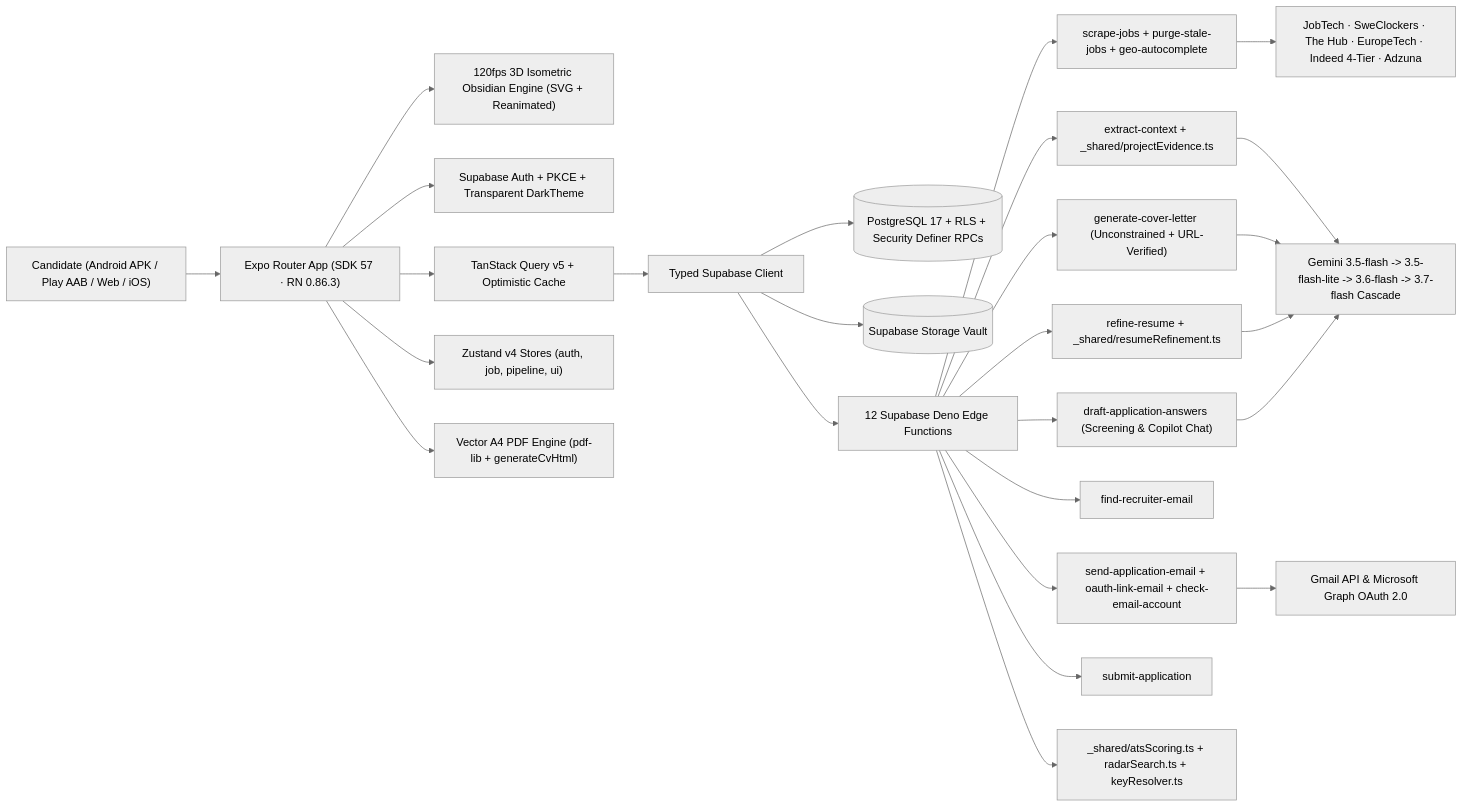
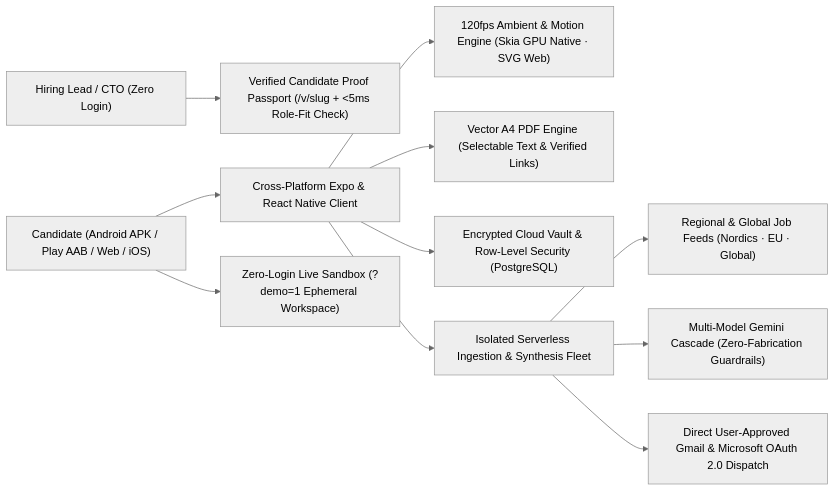
One commit to AlexBuildsLTS/OpusHunter-Release changed the third of 3 diagrams in README.md. Above: the diagram before and after it, drawn with Mermaid (neutral theme). The commit also changed other lines of this file, not shown here.

````diff
--- a/README.md
+++ b/README.md
@@ -378,30 +336,15 @@
 ```mermaid
 flowchart LR
-  User["Candidate (Android APK / Play AAB / Web / iOS)"] --> App["Expo Router App (SDK 57 · RN 0.86.3)"]
-  App --> Ambient["120fps 3D Isometric Obsidian Engine (SVG + Reanimated)"]
-  App --> Auth["Supabase Auth + PKCE + Transparent DarkTheme"]
-  App --> Query["TanStack Query v5 + Optimistic Cache"]
-  App --> Store["Zustand v4 Stores (auth, job, pipeline, ui)"]
-  App --> PDF["Vector A4 PDF Engine (pdf-lib + generateCvHtml)"]
-  Query --> API["Typed Supabase Client"]
-  API --> DB[("PostgreSQL 17 + RLS + Security Definer RPCs")]
-  API --> Storage[("Supabase Storage Vault")]
-  API --> Functions["12 Supabase Deno Edge Functions"]
+  Visitor["Hiring Lead / CTO (Zero Login)"] --> Proof["Verified Candidate Proof Passport (/v/slug + <5ms Role-Fit Check)"]
+  Candidate["Candidate (Android APK / Play AAB / Web / iOS)"] --> App["Cross-Platform Expo & React Native Client"]
+  Candidate --> Sandbox["Zero-Login Live Sandbox (?demo=1 Ephemeral Workspace)"]
 
-  Functions --> Scrape["scrape-jobs + purge-stale-jobs + geo-autocomplete"]
-  Functions --> Context["extract-context + _shared/projectEvidence.ts"]
-  Functions --> Letter["generate-cover-letter (Unconstrained + URL-Verified)"]
-  Functions --> Refine["refine-resume + _shared/resumeRefinement.ts"]
-  Functions --> Answers["draft-application-answers (Screening & Copilot Chat)"]
-  Functions --> Recruiter["find-recruiter-email"]
-  Functions --> Email["send-application-email + oauth-link-email + check-email-account"]
-  Functions --> Submit["submit-application"]
-  Functions --> Shared["_shared/atsScoring.ts + radarSearch.ts + keyResolver.ts"]
+  App --> GPU["120fps Ambient & Motion Engine (Skia GPU Native · SVG Web)"]
+  App --> PDF["Vector A4 PDF Engine (Selectable Text & Verified Links)"]
+  App --> Vault["Encrypted Cloud Vault & Row-Level Security (PostgreSQL)"]
+  App --> Serverless["Isolated Serverless Ingestion & Synthesis Fleet"]
 
-  Scrape --> Providers["JobTech · SweClockers · The Hub · EuropeTech · Indeed 4-Tier · Adzuna"]
-  Context --> AI["Gemini 3.5-flash -> 3.5-flash-lite -> 3.6-flash -> 3.7-flash Cascade"]
-  Letter --> AI
-  Refine --> AI
-  Answers --> AI
-  Email --> Mail["Gmail API & Microsoft Graph OAuth 2.0"]
+  Serverless --> Feeds["Regional & Global Job Feeds (Nordics · EU · Global)"]
+  Serverless --> AI["Multi-Model Gemini Cascade (Zero-Fabrication Guardrails)"]
+  Serverless --> Mail["Direct User-Approved Gmail & Microsoft OAuth 2.0 Dispatch"]
 ```
````
